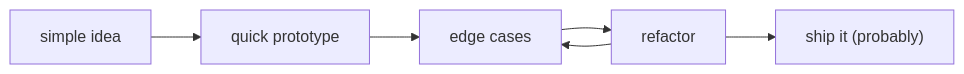
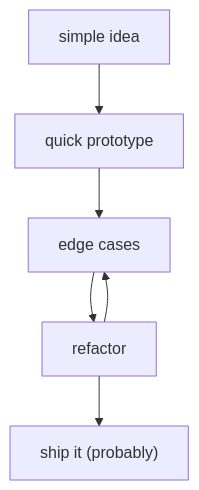
The diagram in README.md (Ryanakml/Ryanakml), drawn with Mermaid before and after one commit. The commit also changed other lines of this file and 3 other files, not shown here.

````diff
--- a/README.md
+++ b/README.md
@@ -219,8 +73,8 @@
 ```mermaid
-flowchart LR
+graph TD
     A["simple idea"] --> B["quick prototype"]
     B --> C["edge cases"]
     C --> D["refactor"]
     D --> C
     D --> E["ship it (probably)"]
 ```
````
